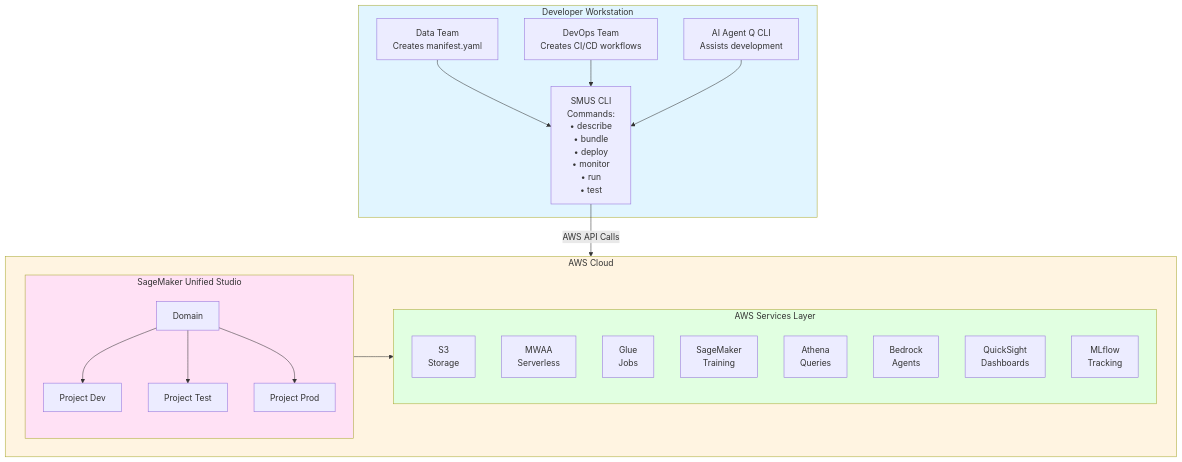
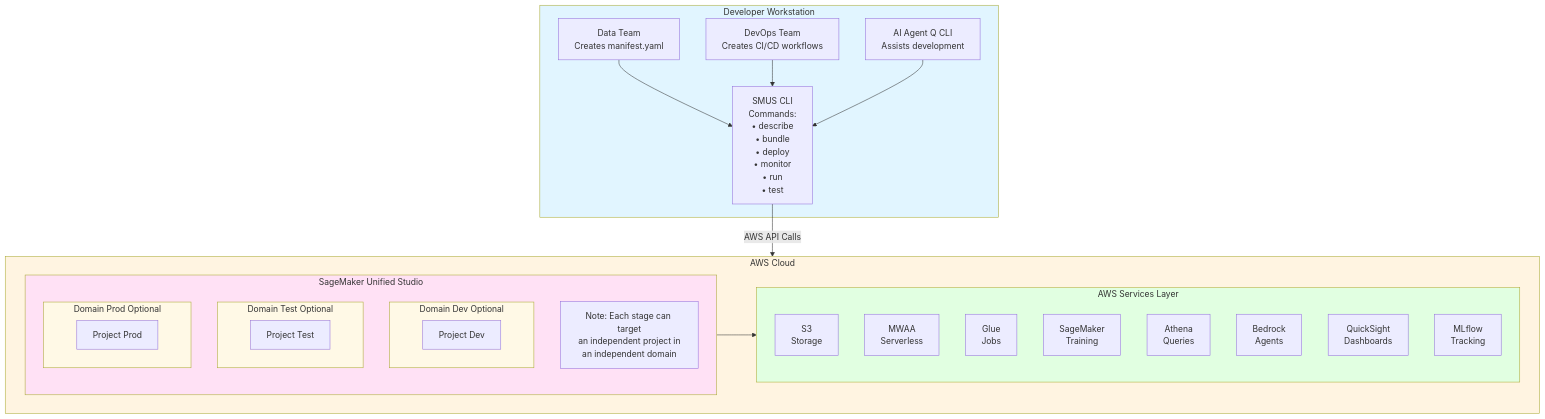
One commit to vasu2856/CICD-for-SageMakerUnifiedStudio-public changed the second of 16 diagrams in docs/architecture.md. Above: the diagram before and after it, drawn with Mermaid. The commit also changed other lines of this file, not shown here.

First line of the commit message:
docs(architecture): clarify multi-domain and multi-project deployment support

````diff
--- a/docs/architecture.md
+++ b/docs/architecture.md
@@ -75,47 +75,55 @@
 ```mermaid
 graph TB
     subgraph DevWorkstation[Developer Workstation]
         DataTeam[Data Team<br/>Creates manifest.yaml]
         DevOpsTeam[DevOps Team<br/>Creates CI/CD workflows]
         AIAgent[AI Agent Q CLI<br/>Assists development]
         
         DataTeam --> CLI
         DevOpsTeam --> CLI
         AIAgent --> CLI
         
         CLI[SMUS CLI<br/>Commands:<br/>• describe<br/>• bundle<br/>• deploy<br/>• monitor<br/>• run<br/>• test]
     end
     
     CLI -->|AWS API Calls| AWSCloud
     
     subgraph AWSCloud[AWS Cloud]
         subgraph SMUS[SageMaker Unified Studio]
-            Domain[Domain]
-            ProjectDev[Project Dev]
-            ProjectTest[Project Test]
-            ProjectProd[Project Prod]
+            subgraph DomainDev[Domain Dev Optional]
+                ProjectDev[Project Dev]
+            end
             
-            Domain --> ProjectDev
-            Domain --> ProjectTest
-            Domain --> ProjectProd
+            subgraph DomainTest[Domain Test Optional]
+                ProjectTest[Project Test]
+            end
+            
+            subgraph DomainProd[Domain Prod Optional]
+                ProjectProd[Project Prod]
+            end
+            
+            Note[Note: Each stage can target<br/>an independent project in<br/>an independent domain]
         end
         
         SMUS --> AWSServices
         
         subgraph AWSServices[AWS Services Layer]
             S3[S3<br/>Storage]
             MWAA[MWAA<br/>Serverless]
             Glue[Glue<br/>Jobs]
             SageMaker[SageMaker<br/>Training]
             Athena[Athena<br/>Queries]
             Bedrock[Bedrock<br/>Agents]
             QuickSight[QuickSight<br/>Dashboards]
             MLflow[MLflow<br/>Tracking]
         end
     end
     
     style DevWorkstation fill:#e1f5ff
     style AWSCloud fill:#fff4e1
     style SMUS fill:#ffe1f5
     style AWSServices fill:#e1ffe1
+    style DomainDev fill:#fff9e6
+    style DomainTest fill:#fff9e6
+    style DomainProd fill:#fff9e6
 ```
````
